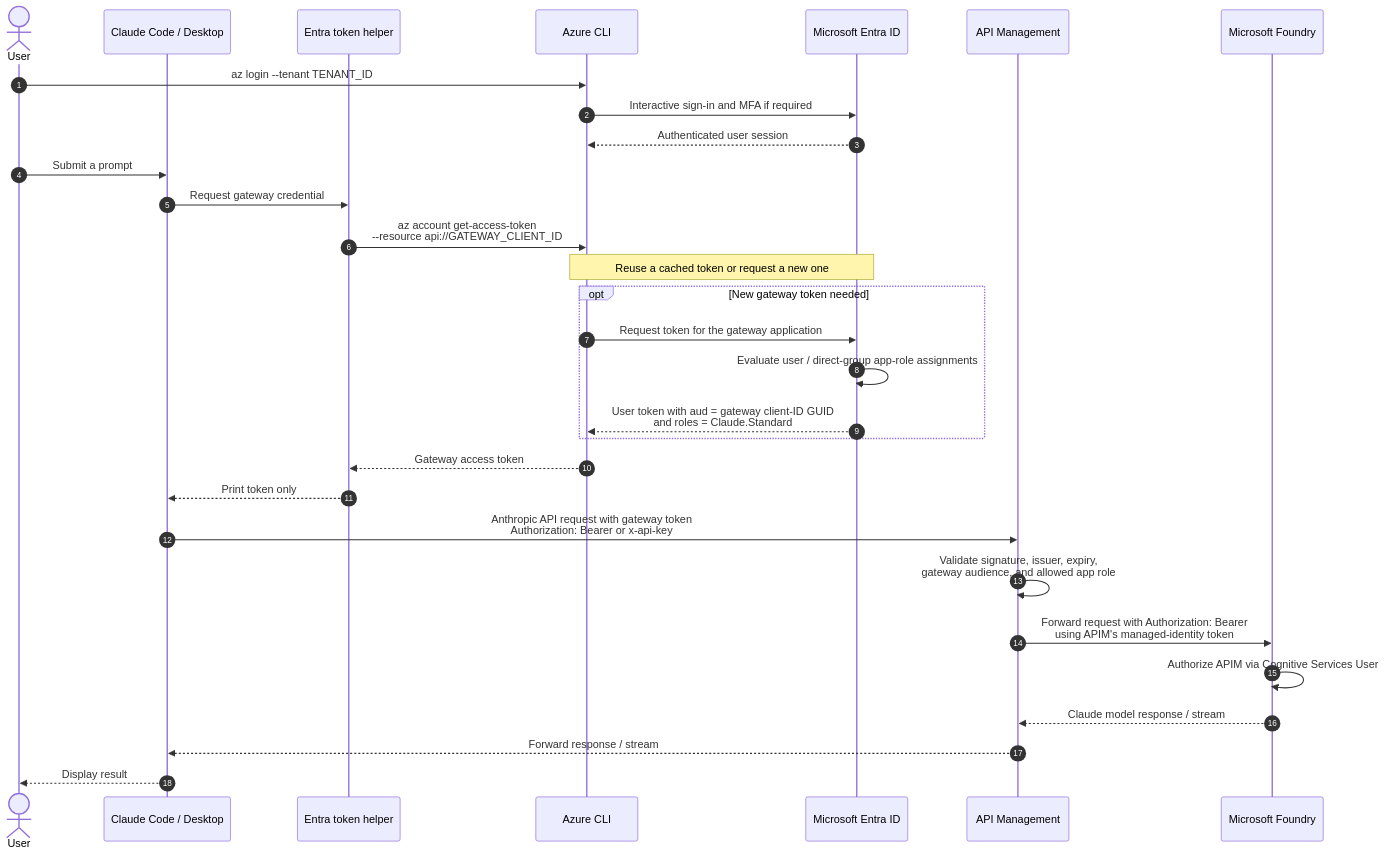
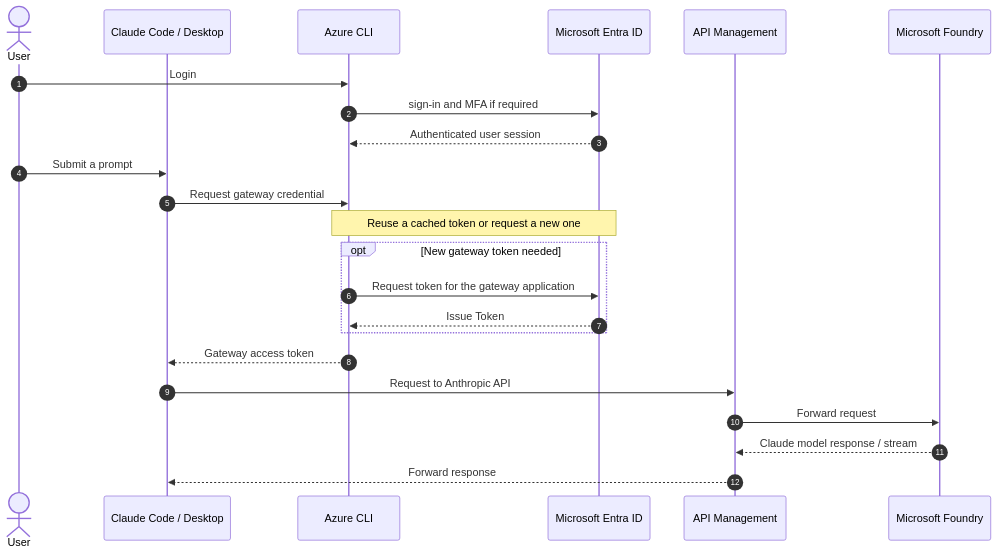
Before and after one commit to basshbj/claude-code-with-foundry: the second of 2 diagrams in README.md, drawn with Mermaid. The commit also changed 1 other file, not shown here.

````diff
--- a/README.md
+++ b/README.md
@@ -50,35 +50,30 @@
 ```mermaid
 sequenceDiagram
     autonumber
     actor User
     participant Claude as Claude Code / Desktop
-    participant Helper as Entra token helper
     participant CLI as Azure CLI
     participant Entra as Microsoft Entra ID
     participant APIM as API Management
     participant Foundry as Microsoft Foundry
 
-    User->>CLI: az login --tenant TENANT_ID
-    CLI->>Entra: Interactive sign-in and MFA if required
+    User->>CLI: Login
+    CLI->>Entra: sign-in and MFA if required
     Entra-->>CLI: Authenticated user session
 
     User->>Claude: Submit a prompt
-    Claude->>Helper: Request gateway credential
-    Helper->>CLI: az account get-access-token<br/>--resource api://GATEWAY_CLIENT_ID
+    Claude->>CLI: Request gateway credential
+    
     Note over CLI,Entra: Reuse a cached token or request a new one
     opt New gateway token needed
         CLI->>Entra: Request token for the gateway application
-        Entra->>Entra: Evaluate user / direct-group app-role assignments
-        Entra-->>CLI: User token with aud = gateway client-ID GUID<br/>and roles = Claude.Standard
+        Entra-->>CLI: Issue Token
     end
-    CLI-->>Helper: Gateway access token
-    Helper-->>Claude: Print token only
-    Claude->>APIM: Anthropic API request with gateway token<br/>Authorization: Bearer or x-api-key
-    APIM->>APIM: Validate signature, issuer, expiry,<br/>gateway audience, and allowed app role
+    CLI-->>Claude: Gateway access token
 
-    APIM->>Foundry: Forward request with Authorization: Bearer<br/>using APIM's managed-identity token
-    Foundry->>Foundry: Authorize APIM via Cognitive Services User
+    Claude->>APIM: Request to Anthropic API
+
+    APIM->>Foundry: Forward request
     Foundry-->>APIM: Claude model response / stream
-    APIM-->>Claude: Forward response / stream
-    Claude-->>User: Display result
+    APIM-->>Claude: Forward response
 ```
````
